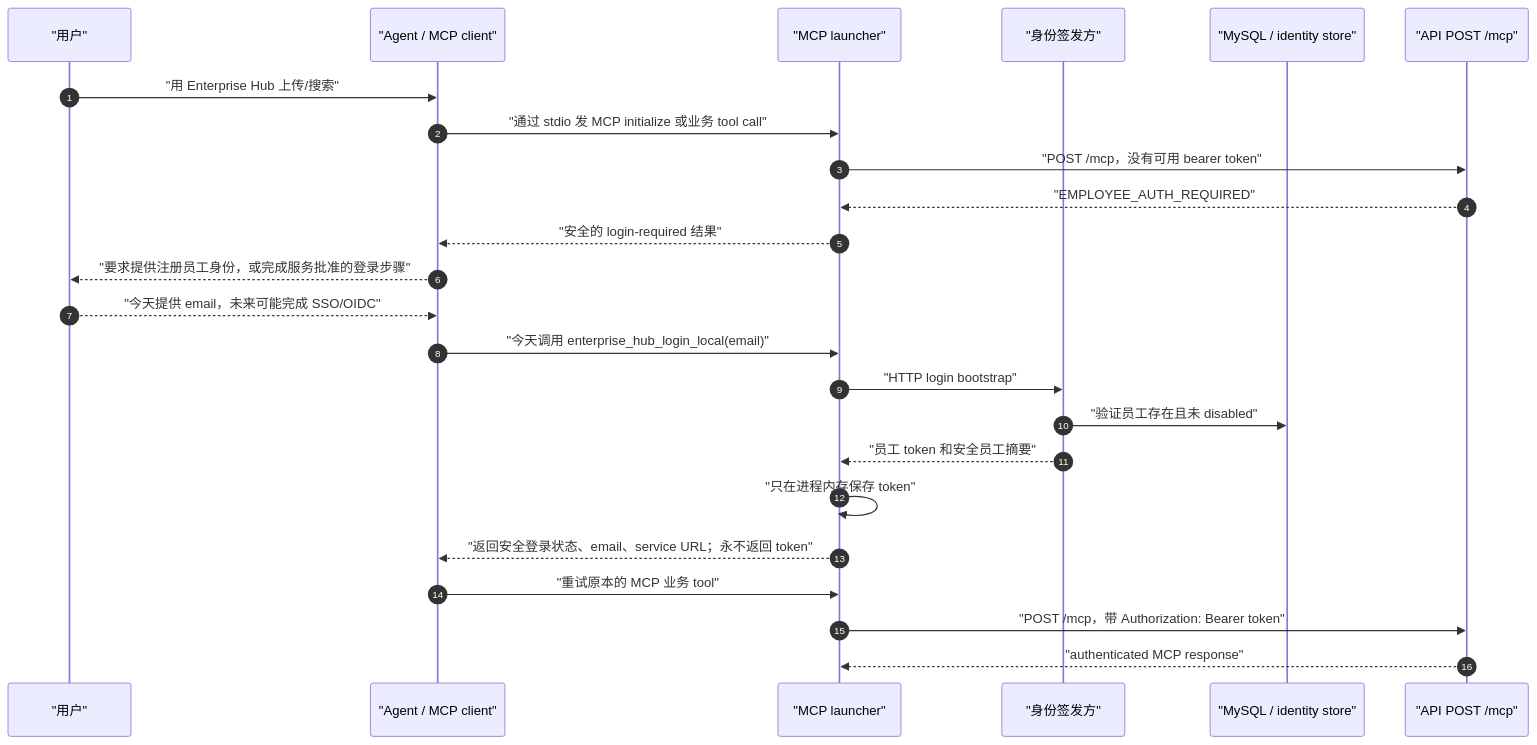
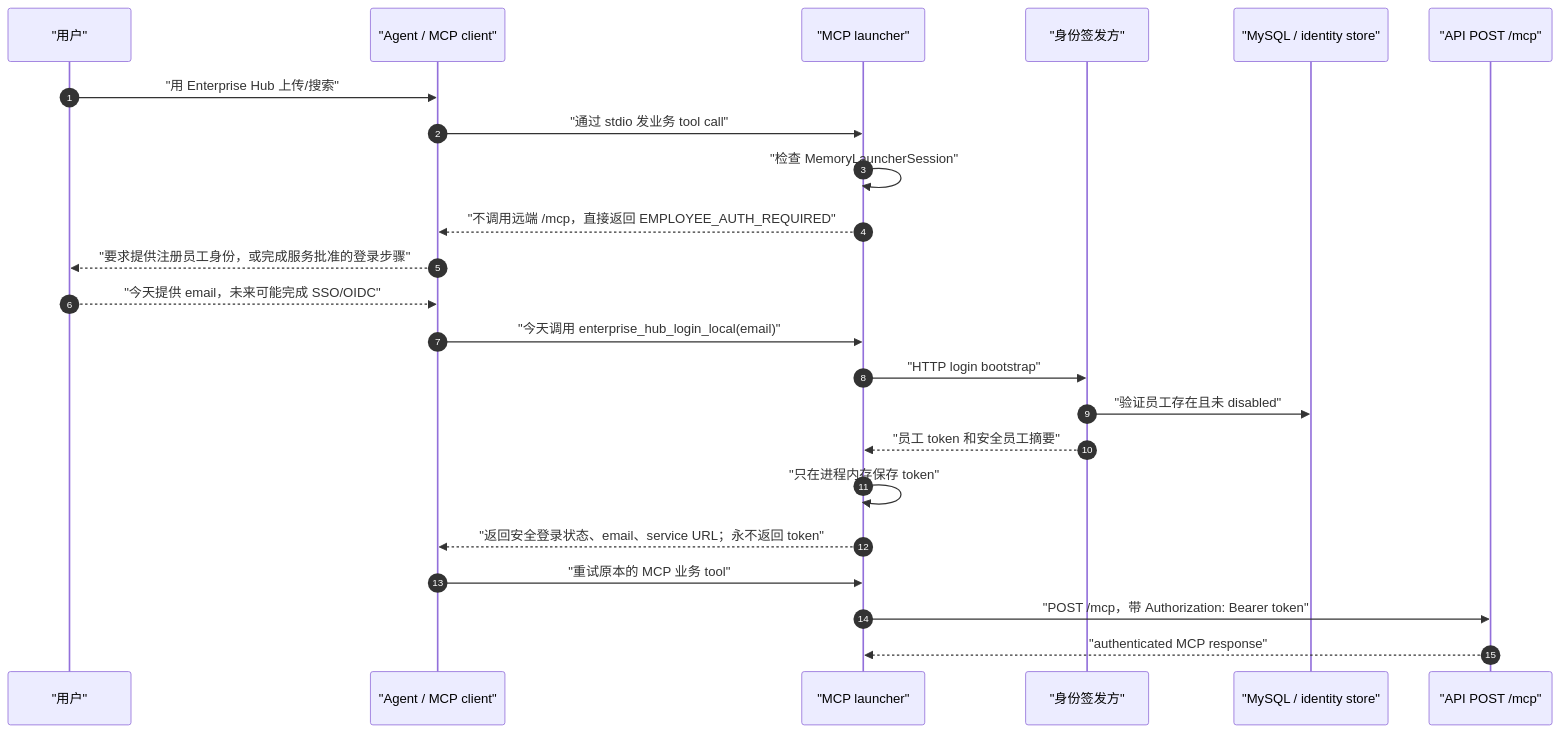
The fourth of 5 diagrams in docs/implementation/mcp-user-flow.zh.md (YinXiaoyu-1998/SME_DATA_CENTER), drawn with Mermaid before and after one commit. The commit also changed other lines of this file and 3 other files, not shown here.

Commit message:
docs: align MCP user flow with implementation

````diff
--- a/docs/implementation/mcp-user-flow.zh.md
+++ b/docs/implementation/mcp-user-flow.zh.md
@@ -148,27 +159,26 @@
 ```mermaid
 sequenceDiagram
   autonumber
   participant U as "用户"
   participant A as "Agent / MCP client"
   participant L as "MCP launcher"
   participant Auth as "身份签发方"
   participant D as "MySQL / identity store"
   participant M as "API POST /mcp"
 
   U->>A: "用 Enterprise Hub 上传/搜索"
-  A->>L: "通过 stdio 发 MCP initialize 或业务 tool call"
-  L->>M: "POST /mcp，没有可用 bearer token"
-  M-->>L: "EMPLOYEE_AUTH_REQUIRED"
-  L-->>A: "安全的 login-required 结果"
+  A->>L: "通过 stdio 发业务 tool call"
+  L->>L: "检查 MemoryLauncherSession"
+  L-->>A: "不调用远端 /mcp，直接返回 EMPLOYEE_AUTH_REQUIRED"
   A-->>U: "要求提供注册员工身份，或完成服务批准的登录步骤"
   U-->>A: "今天提供 email，未来可能完成 SSO/OIDC"
   A->>L: "今天调用 enterprise_hub_login_local(email)"
   L->>Auth: "HTTP login bootstrap"
   Auth->>D: "验证员工存在且未 disabled"
   Auth-->>L: "员工 token 和安全员工摘要"
   L->>L: "只在进程内存保存 token"
   L-->>A: "返回安全登录状态、email、service URL；永不返回 token"
   A->>L: "重试原本的 MCP 业务 tool"
   L->>M: "POST /mcp，带 Authorization: Bearer token"
   M-->>L: "authenticated MCP response"
 ```
````
